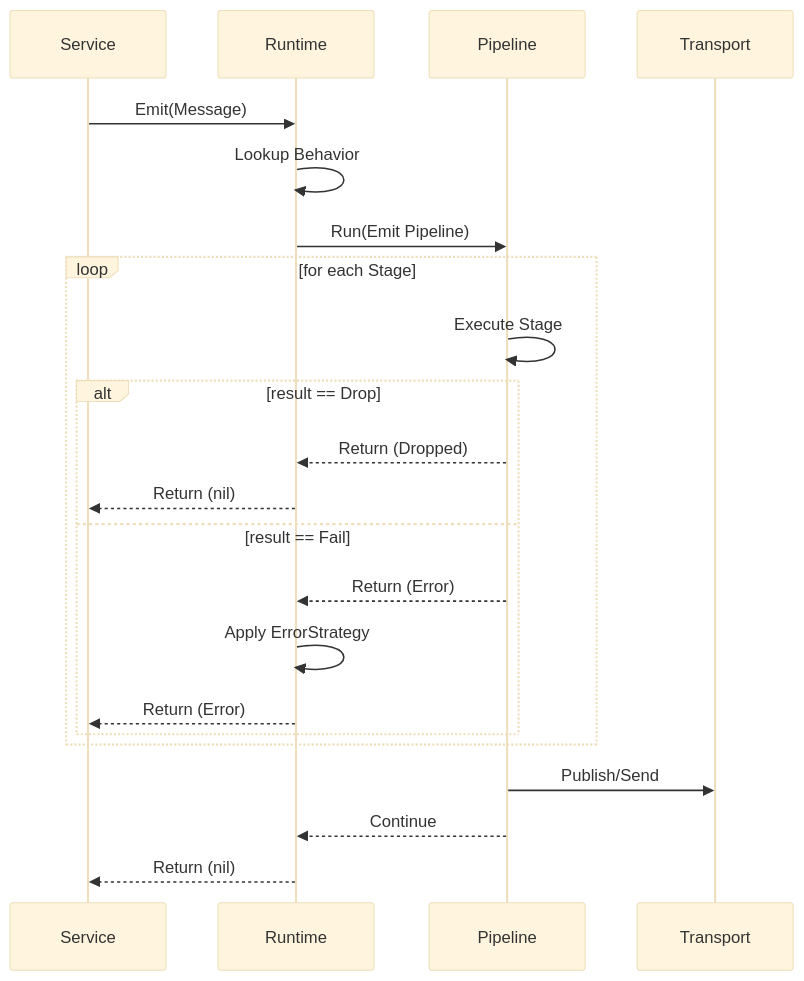
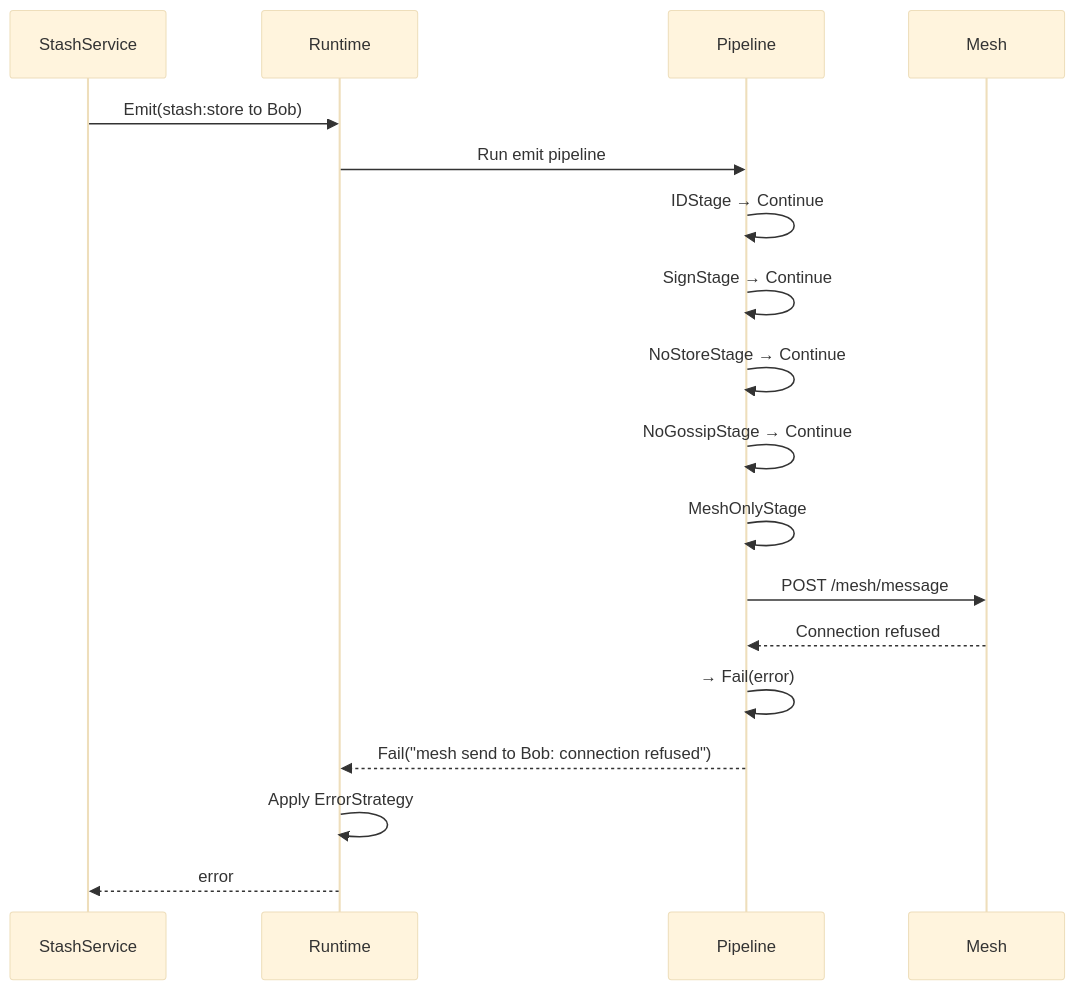
Before and after one commit to eljojo/nara: the sixth of 6 diagrams in docs/src/content/docs/spec/developer/pipelines.md, drawn with Mermaid (base theme). The commit also changed other lines of this file and 25 other files, not shown here.

````diff
--- a/docs/src/content/docs/spec/developer/pipelines.md
+++ b/docs/src/content/docs/spec/developer/pipelines.md
@@ -49,25 +218,24 @@
 ```mermaid
 sequenceDiagram
-    participant S as Service
+    participant S as StashService
     participant R as Runtime
     participant P as Pipeline
-    participant T as Transport
+    participant M as Mesh
 
-    S->>R: Emit(Message)
-    R->>R: Lookup Behavior
-    R->>P: Run(Emit Pipeline)
-    loop for each Stage
-        P->>P: Execute Stage
-        alt result == Drop
-            P-->>R: Return (Dropped)
-            R-->>S: Return (nil)
-        else result == Fail
-            P-->>R: Return (Error)
-            R->>R: Apply ErrorStrategy
-            R-->>S: Return (Error)
-        end
-    end
-    P->>T: Publish/Send
-    P-->>R: Continue
-    R-->>S: Return (nil)
+    S->>R: Emit(stash:store to Bob)
+    R->>P: Run emit pipeline
+
+    P->>P: IDStage → Continue
+    P->>P: SignStage → Continue
+    P->>P: NoStoreStage → Continue
+    P->>P: NoGossipStage → Continue
+
+    P->>P: MeshOnlyStage
+    P->>M: POST /mesh/message
+    M-->>P: Connection refused
+    P->>P: → Fail(error)
+
+    P-->>R: Fail("mesh send to Bob: connection refused")
+    R->>R: Apply ErrorStrategy
+    R-->>S: error
 ```
````
